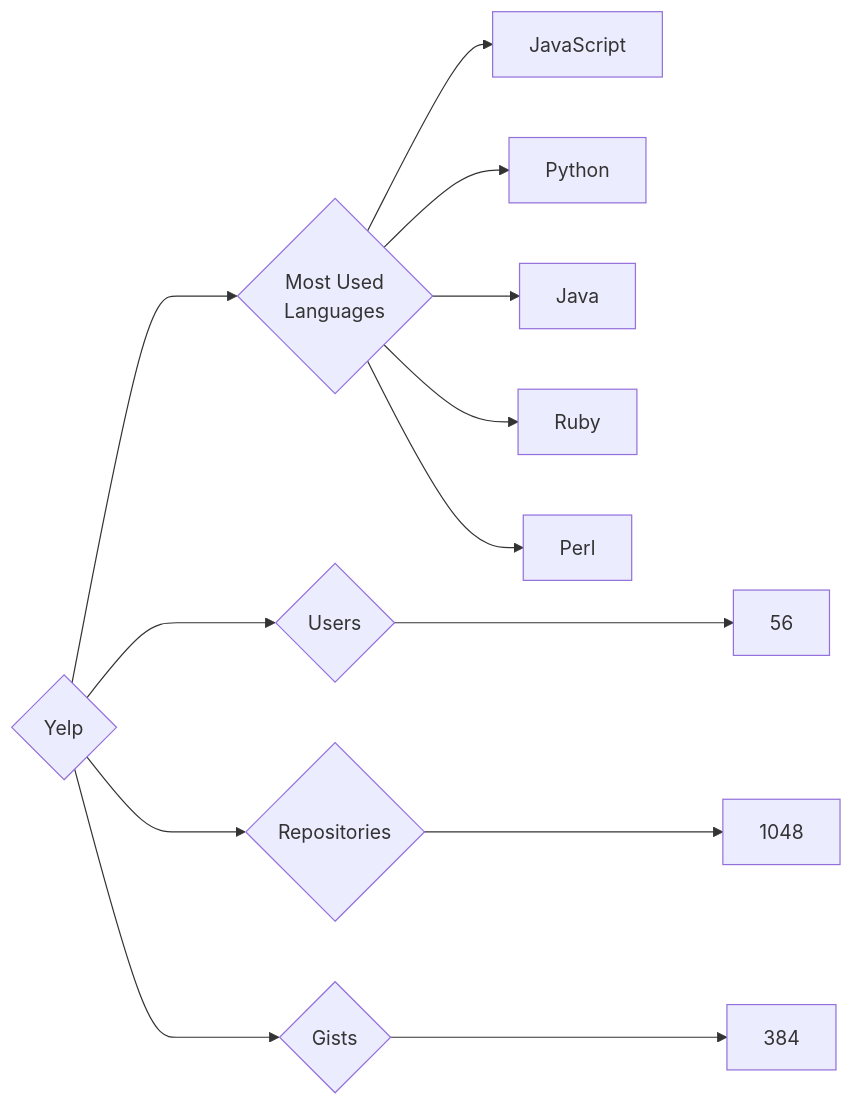
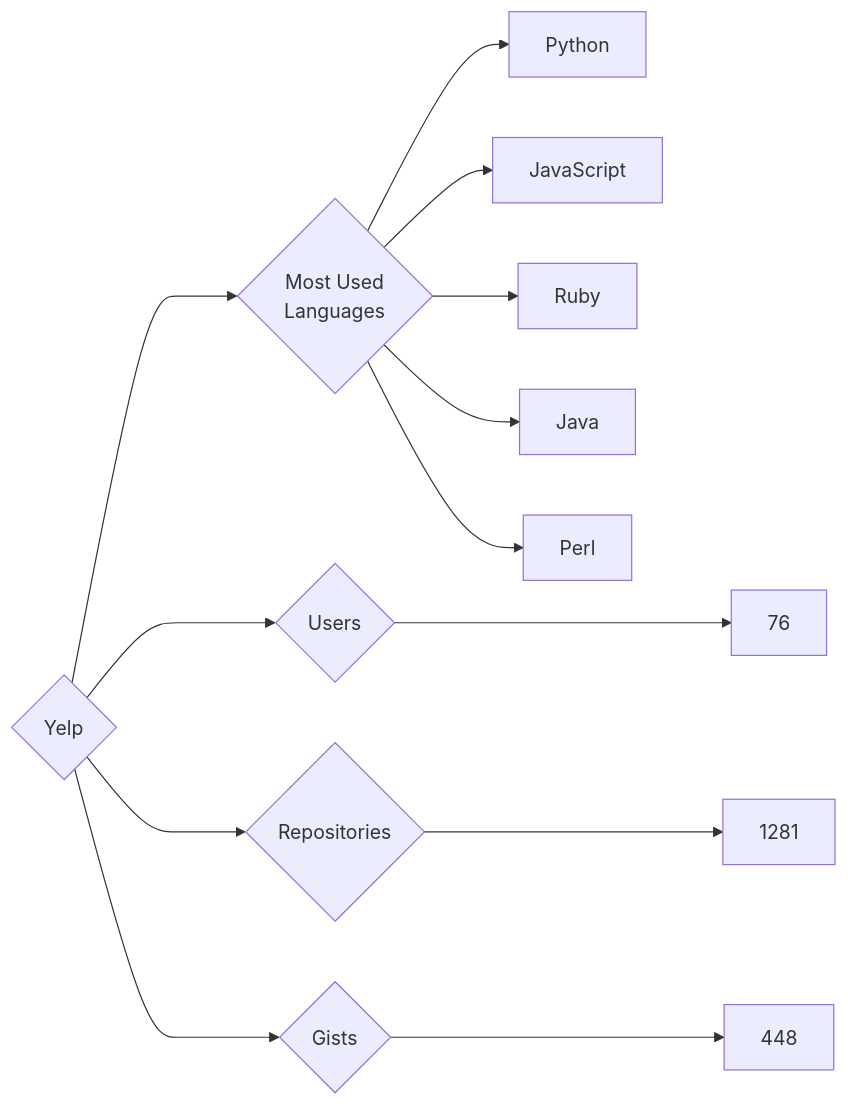
Before and after one commit to trickest/insiders: the diagram in targets/Yelp/README.md, drawn with Mermaid. The commit also changed 534 other files, not shown here.

````diff
--- a/targets/Yelp/README.md
+++ b/targets/Yelp/README.md
@@ -3,13 +3,13 @@
 ```mermaid
 graph LR
 COMPANY_NAME{Yelp}
-COMPANY_NAME ---> U{Users} ---> UN[56]
-COMPANY_NAME ---> R{Repositories} ---> RN[1048]
-COMPANY_NAME ---> G{Gists} ---> GN[384]
+COMPANY_NAME ---> U{Users} ---> UN[76]
+COMPANY_NAME ---> R{Repositories} ---> RN[1281]
+COMPANY_NAME ---> G{Gists} ---> GN[448]
 COMPANY_NAME ---> ML{Most Used<br>Languages}
+ML --> Python[Python]
 ML --> JavaScript[JavaScript]
-ML --> Python[Python]
+ML --> Ruby[Ruby]
 ML --> Java[Java]
-ML --> Ruby[Ruby]
 ML --> Perl[Perl]
 ```
````
